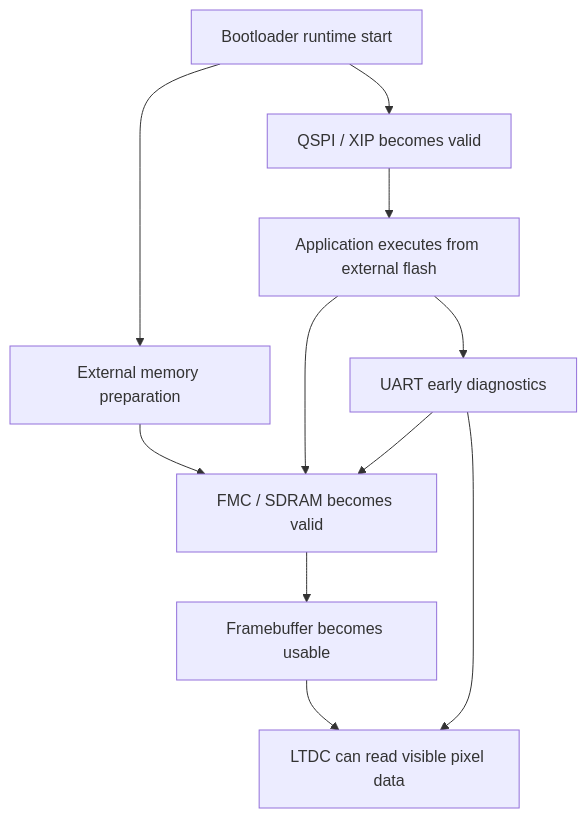
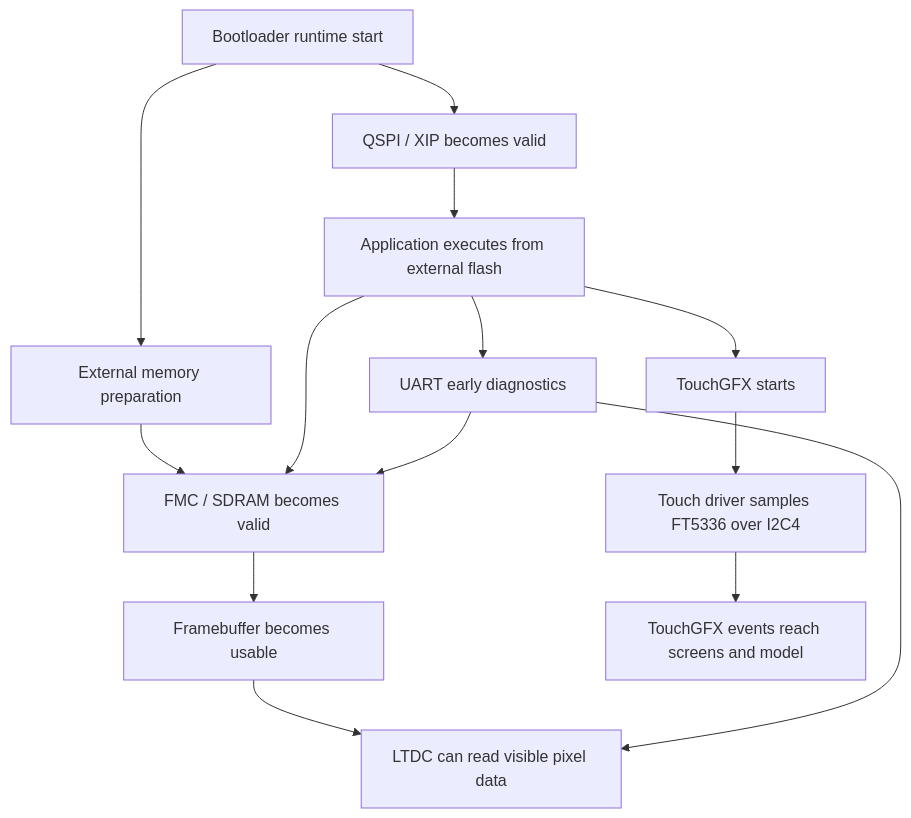
The diagram in docs/04-drivers/README.md (embmike/coffe_machine), drawn with Mermaid before and after one commit. The commit also changed other lines of this file and 13 other files, not shown here.

Commit message:
Updated documentation for touch driver and others.

````diff
--- a/docs/04-drivers/README.md
+++ b/docs/04-drivers/README.md
@@ -26,13 +27,16 @@
 ```mermaid
 flowchart TD
     A["Bootloader runtime start"] --> B["QSPI / XIP becomes valid"]
     A --> C["External memory preparation"]
     C --> D["FMC / SDRAM becomes valid"]
     D --> E["Framebuffer becomes usable"]
     E --> F["LTDC can read visible pixel data"]
     B --> G["Application executes from external flash"]
     G --> H["UART early diagnostics"]
+    G --> I["TouchGFX starts"]
+    I --> J["Touch driver samples FT5336 over I2C4"]
+    J --> K["TouchGFX events reach screens and model"]
     G --> D
     H --> D
     H --> F
 ```
````
